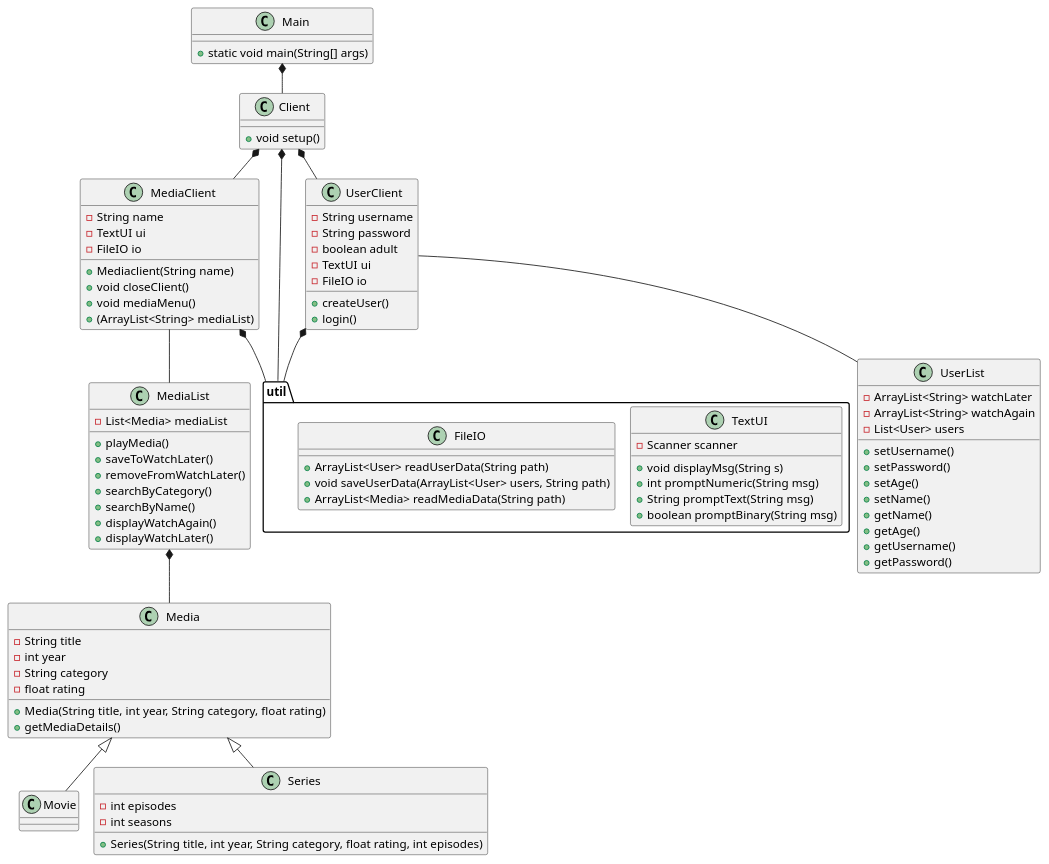
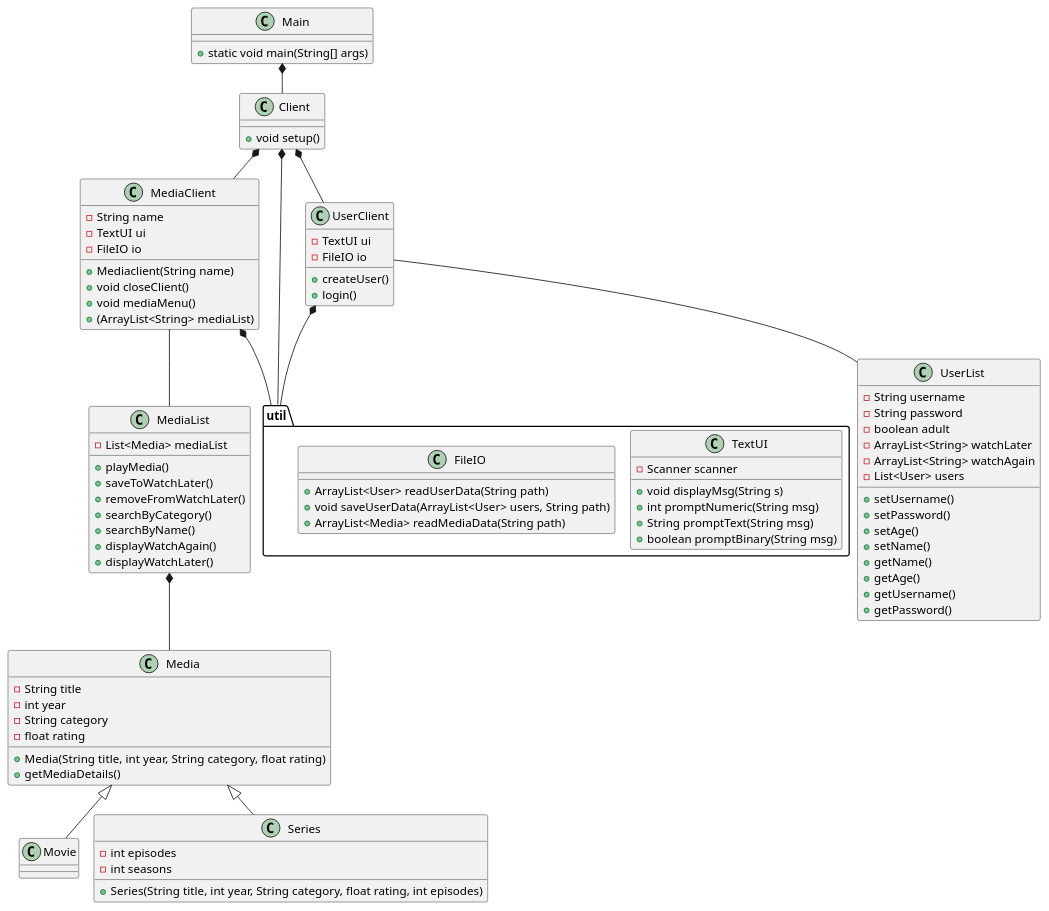
The diagram in docs/classdiagram_v0.puml (b-rino/SP3), drawn with PlantUML before and after one commit. The commit also changed other lines of this file and 9 other files, not shown here.

```diff
--- a/docs/classdiagram_v0.puml
+++ b/docs/classdiagram_v0.puml
@@ -1,113 +1,113 @@
 @startuml
 !pragma layout smetana
 
 class Main{
 + static void main(String[] args)
 }
 
 class Client{
 +void setup()
 }
 
 class Media{
 - String title
 - int year
 - String category
 - float rating
 +Media(String title, int year, String category, float rating)
 +getMediaDetails()
 
 
 }
 
 class MediaClient{
 -String name
 -TextUI ui
 -FileIO io
 +Mediaclient(String name)
 +void closeClient()
 +void mediaMenu()
 +(ArrayList<String> mediaList)
 
 }
 class MediaList{
 -List<Media> mediaList
 +playMedia()
 +saveToWatchLater()
 +removeFromWatchLater()
 +searchByCategory()
 +searchByName()
 +displayWatchAgain()
 +displayWatchLater()
 }
 
 class UserList{
+-String username
+-String password
+-boolean adult
 +setUsername()
 +setPassword()
 +setAge()
 +setName()
 +getName()
 +getAge()
 +getUsername()
 +getPassword()
 -ArrayList<String> watchLater
 -ArrayList<String> watchAgain
 -List<User> users
 }
 
 
 class Movie{
 }
 
 class Series{
 - int episodes
 - int seasons
 +Series(String title, int year, String category, float rating, int episodes)
 }
 
 
 class UserClient{
--String username
--String password
--boolean adult
 -TextUI ui
 -FileIO io
 +createUser()
 +login()
 
 '+logout()
 }
 
 
 package "util" {
 class TextUI{
 - Scanner scanner
 
 +void displayMsg(String s)
 +int promptNumeric(String msg)
 +String promptText(String msg)
 +boolean promptBinary(String msg)
 }
 class FileIO{
 '+void addMediaToFile(Media media, String path)
 '+void removeMediaFromFile(Media media, String path)
 +ArrayList<User> readUserData(String path)
 +void saveUserData(ArrayList<User> users, String path)
 +ArrayList<Media> readMediaData(String path)
 '+void saveMediaData
 }
 }
 
 MediaList *-- Media
 Media<|--Series
 Media <|-- Movie
 Client *-- MediaClient
 MediaClient *-- "util"
 MediaClient -- MediaList
 Client *-- UserClient
 UserClient -- UserList
 UserClient *--"util"
 Main *-- Client
 Client *-- "util"
 
 @enduml
```
